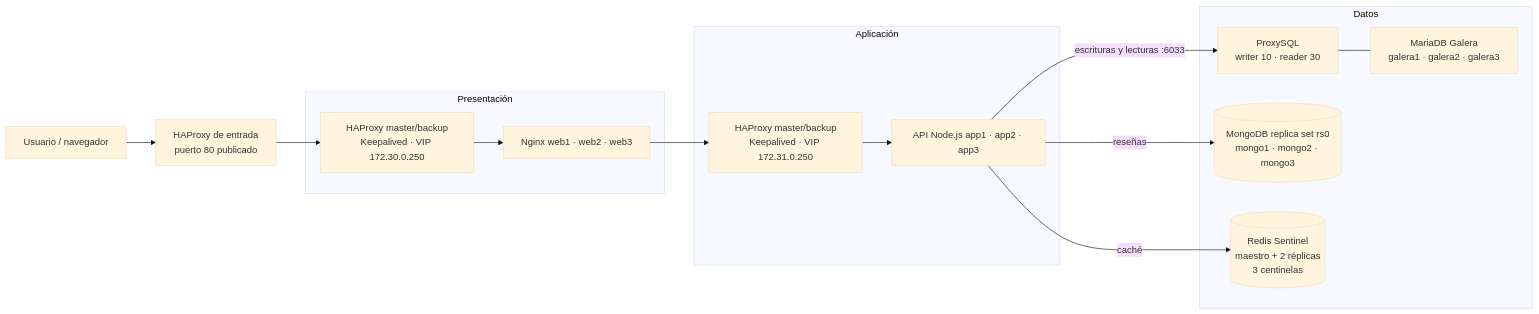
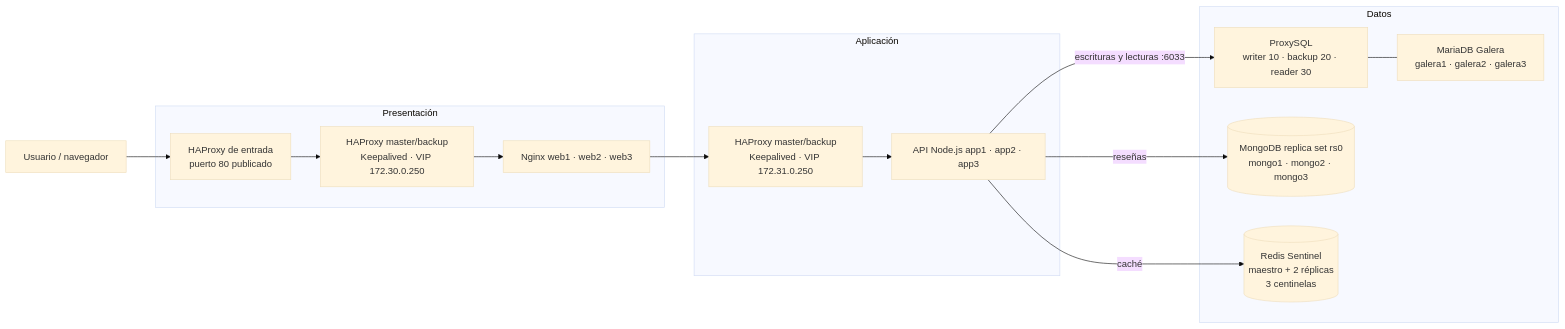
One commit to SrMeme64/distributedsystems changed the diagram in README.md. Above: the diagram before and after it, drawn with Mermaid (base theme). The commit also changed other lines of this file and 3 other files, not shown here.

First line of the commit message:
docs: simplificar README y alinear diagrama y ToDo

````diff
--- a/README.md
+++ b/README.md
@@ -58,27 +57,28 @@
 ```mermaid
 flowchart LR
     cliente[Usuario / navegador]
-    entry["HAProxy de entrada<br/>puerto 80 publicado"]
     subgraph presentacion["Presentación"]
+        entry["HAProxy de entrada<br/>puerto 80 publicado"]
         haprP["HAProxy master/backup<br/>Keepalived · VIP 172.30.0.250"]
         web["Nginx web1 · web2 · web3"]
+        entry --> haprP
         haprP --> web
     end
     subgraph aplicacion["Aplicación"]
         haprA["HAProxy master/backup<br/>Keepalived · VIP 172.31.0.250"]
         api["API Node.js app1 · app2 · app3"]
         haprA --> api
     end
     subgraph datos["Datos"]
-        proxy["ProxySQL<br/>writer 10 · reader 30"]
+        proxy["ProxySQL<br/>writer 10 · backup 20 · reader 30"]
         galera["MariaDB Galera<br/>galera1 · galera2 · galera3"]
         mongo[("MongoDB replica set rs0<br/>mongo1 · mongo2 · mongo3")]
         redis[("Redis Sentinel<br/>maestro + 2 réplicas<br/>3 centinelas")]
         proxy --- galera
     end
-    cliente --> entry --> haprP
+    cliente --> entry
     web --> haprA
     api -->|"escrituras y lecturas :6033"| proxy
     api -->|"reseñas"| mongo
     api -->|"caché"| redis
 ```
````
